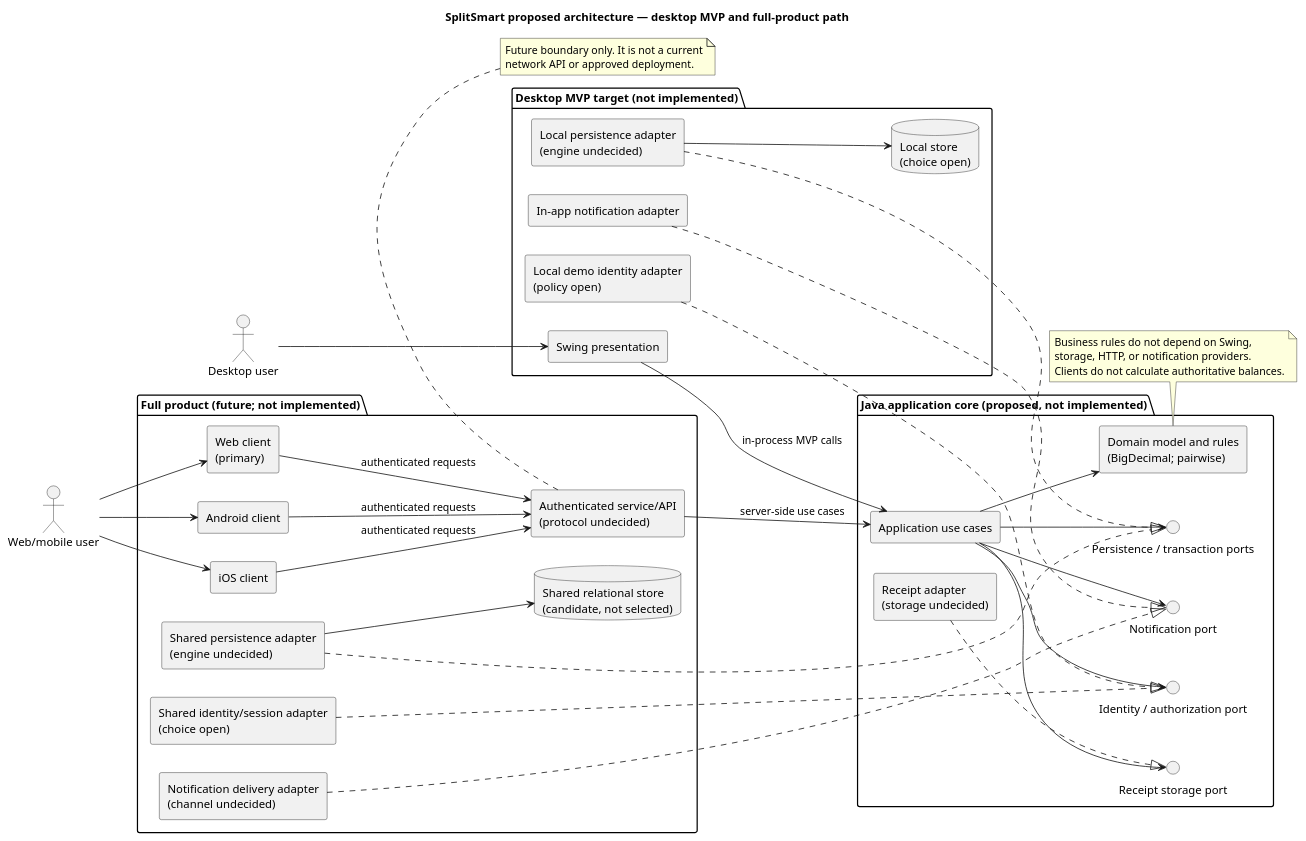
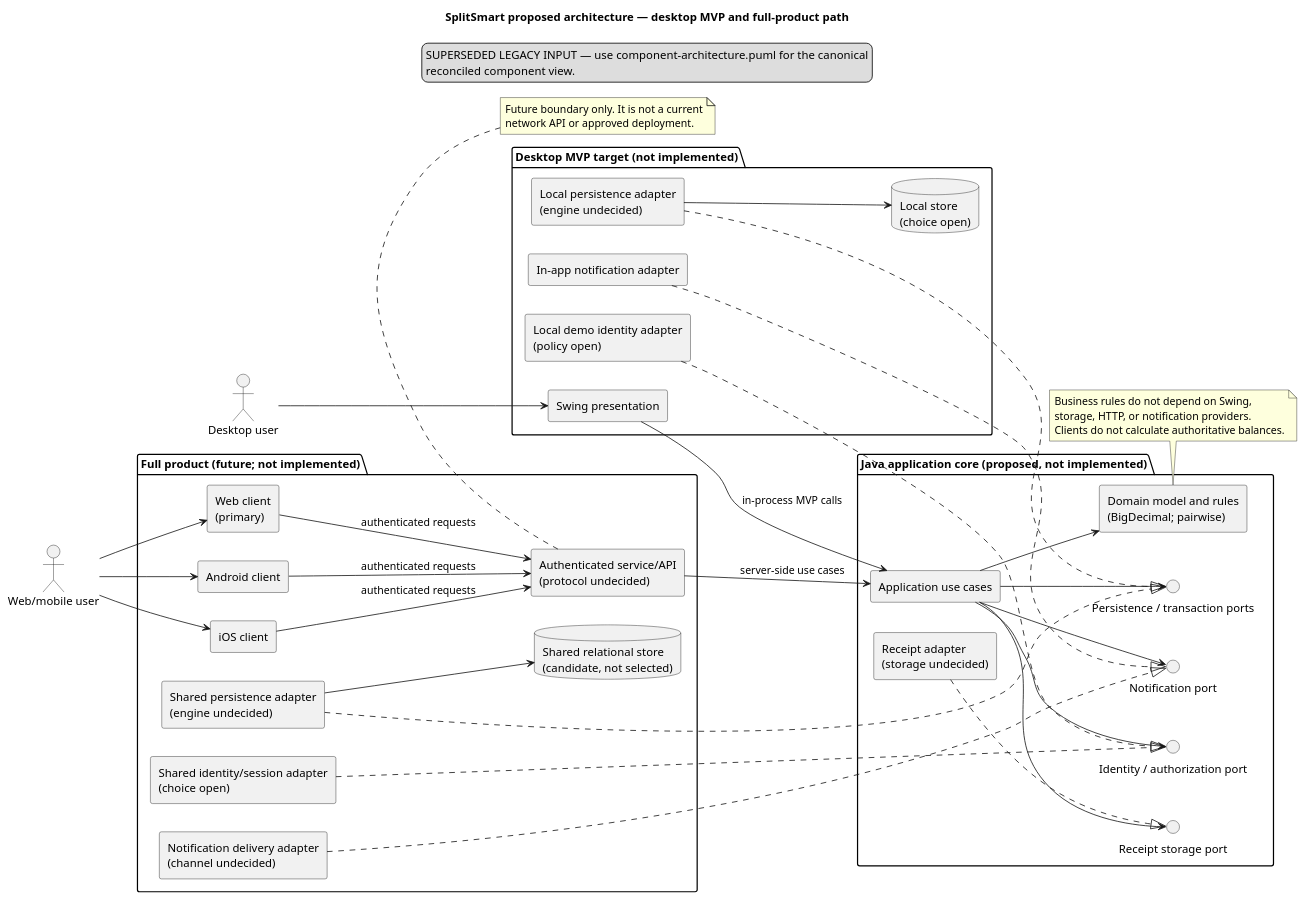
One commit to Zein05/Cis285_TermProject changed the diagram in specs/001-expense-sharing/diagrams/system-architecture.puml. Above: the diagram before and after it, drawn with PlantUML. The commit also changed 31 other files, not shown here.

```diff
--- a/specs/001-expense-sharing/diagrams/system-architecture.puml
+++ b/specs/001-expense-sharing/diagrams/system-architecture.puml
@@ -1,74 +1,78 @@
 @startuml
 title SplitSmart proposed architecture — desktop MVP and full-product path
+legend top
+SUPERSEDED LEGACY INPUT — use component-architecture.puml for the canonical
+reconciled component view.
+endlegend
 left to right direction
 skinparam componentStyle rectangle
 
 actor "Desktop user" as DesktopUser
 actor "Web/mobile user" as ProductUser
 
 package "Desktop MVP target (not implemented)" {
   component "Swing presentation" as Swing
   component "Local persistence adapter\n(engine undecided)" as LocalPersistence
   component "In-app notification adapter" as LocalNotifications
   component "Local demo identity adapter\n(policy open)" as LocalIdentity
   database "Local store\n(choice open)" as LocalStore
 }
 
 package "Java application core (proposed, not implemented)" {
   component "Application use cases" as UseCases
   component "Domain model and rules\n(BigDecimal; pairwise)" as Domain
   interface "Persistence / transaction ports" as PersistencePort
   interface "Identity / authorization port" as IdentityPort
   interface "Notification port" as NotificationPort
   interface "Receipt storage port" as ReceiptPort
   component "Receipt adapter\n(storage undecided)" as ReceiptAdapter
 }
 
 package "Full product (future; not implemented)" {
   component "Web client\n(primary)" as Web
   component "Android client" as Android
   component "iOS client" as IOS
   component "Authenticated service/API\n(protocol undecided)" as API
   component "Shared persistence adapter\n(engine undecided)" as SharedPersistence
   component "Shared identity/session adapter\n(choice open)" as SharedIdentity
   component "Notification delivery adapter\n(channel undecided)" as SharedNotifications
   database "Shared relational store\n(candidate, not selected)" as SharedStore
 }
 
 DesktopUser --> Swing
 Swing --> UseCases : in-process MVP calls
 UseCases --> Domain
 UseCases --> PersistencePort
 LocalPersistence ..|> PersistencePort
 LocalPersistence --> LocalStore
 UseCases --> IdentityPort
 LocalIdentity ..|> IdentityPort
 UseCases --> NotificationPort
 LocalNotifications ..|> NotificationPort
 UseCases --> ReceiptPort
 ReceiptAdapter ..|> ReceiptPort
 
 ProductUser --> Web
 ProductUser --> Android
 ProductUser --> IOS
 Web --> API : authenticated requests
 Android --> API : authenticated requests
 IOS --> API : authenticated requests
 API --> UseCases : server-side use cases
 SharedPersistence ..|> PersistencePort
 SharedPersistence --> SharedStore
 SharedIdentity ..|> IdentityPort
 SharedNotifications ..|> NotificationPort
 
 note bottom of Domain
 Business rules do not depend on Swing,
 storage, HTTP, or notification providers.
 Clients do not calculate authoritative balances.
 end note
 
 note bottom of API
 Future boundary only. It is not a current
 network API or approved deployment.
 end note
 
 @enduml
```
